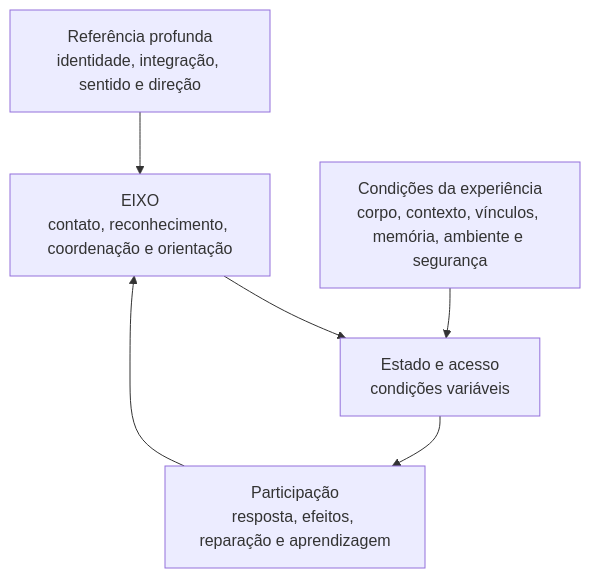
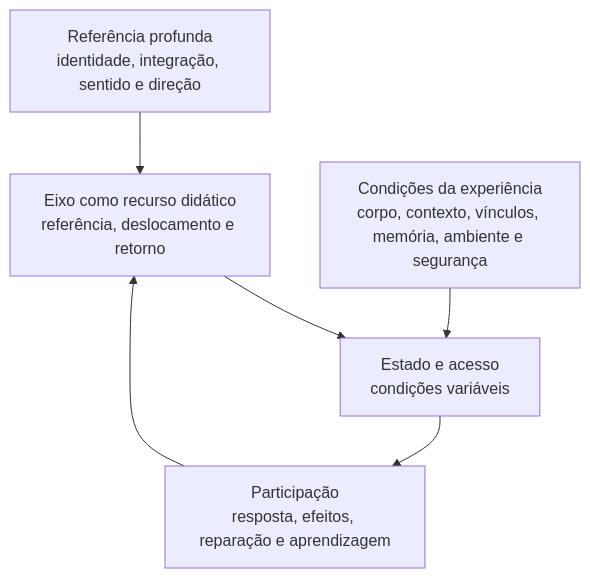
The diagram in 70 - Produções/Cursos/Curso - Nome Provisório/60 - Arquitetura Pedagógica/10 - Mapas Transversais/01 - Mapa Mestre - Referência, EIXO e Estado.md (fabianodeliberalli/base-cognitiva-vault), drawn with Mermaid before and after one commit. The commit also changed other lines of this file and 112 other files, not shown here.

Commit message:
Atualiza Raio X e reclassifica eixo como recurso didático

````diff
--- a/70 - Produções/Cursos/Curso - Nome Provisório/60 - Arquitetura Pedagógica/10 - Mapas Transversais/01 - Mapa Mestre - Referência, EIXO e Estado.md
+++ b/70 - Produções/Cursos/Curso - Nome Provisório/60 - Arquitetura Pedagógica/10 - Mapas Transversais/01 - Mapa Mestre - Referência, EIXO e Estado.md
@@ -23,14 +26,14 @@
 ```mermaid
 flowchart TD
     A["Referência profunda<br/>identidade, integração, sentido e direção"]
-    B["EIXO<br/>contato, reconhecimento, coordenação e orientação"]
+    B["Eixo como recurso didático<br/>referência, deslocamento e retorno"]
     C["Condições da experiência<br/>corpo, contexto, vínculos, memória, ambiente e segurança"]
     D["Estado e acesso<br/>condições variáveis"]
     E["Participação<br/>resposta, efeitos, reparação e aprendizagem"]
 
     A --> B
     B --> D
     C --> D
     D --> E
     E --> B
 ```
````
